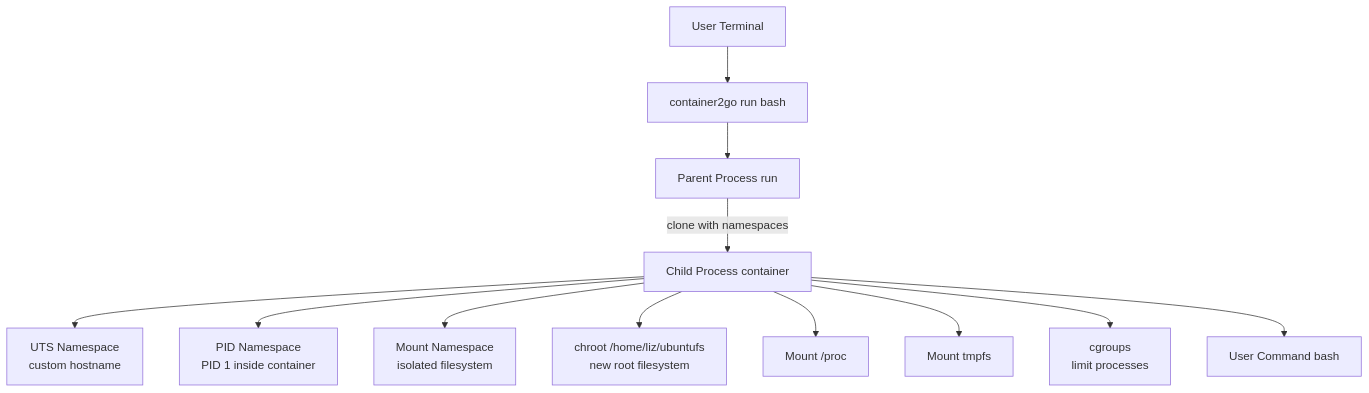
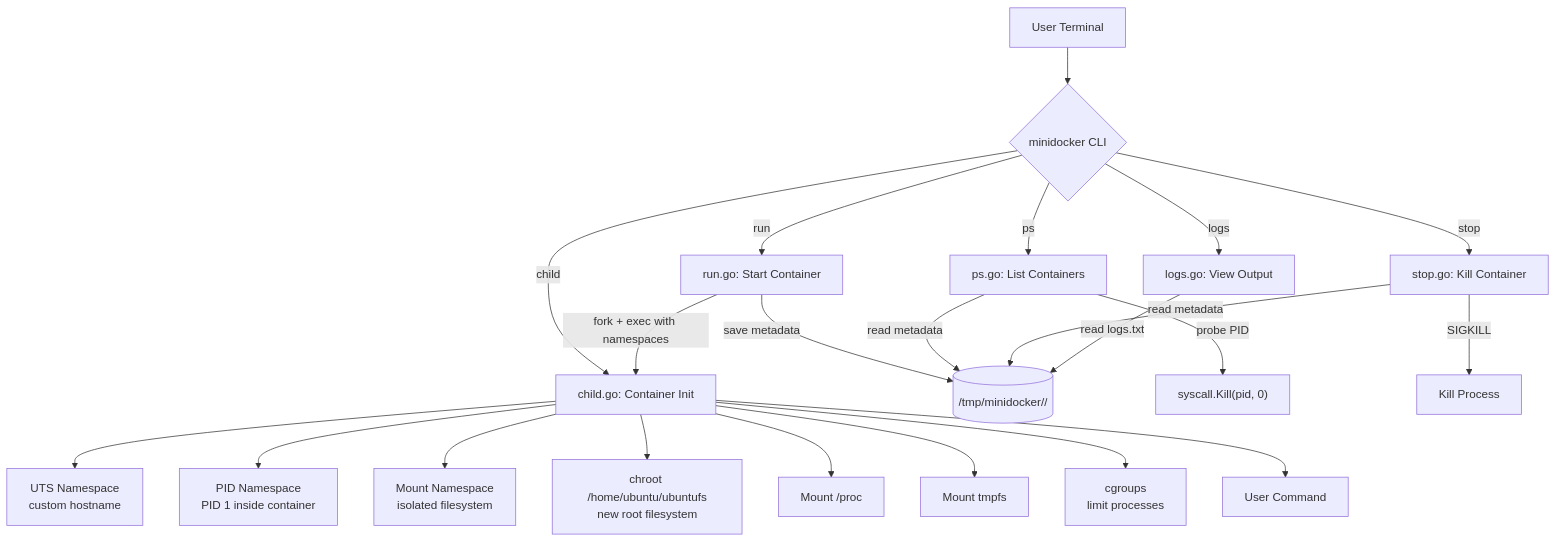
The first of 2 diagrams in README.md (NSTKrishna/Container2Go), drawn with Mermaid before and after one commit. The commit also changed other lines of this file and 11 other files, not shown here.

````diff
--- a/README.md
+++ b/README.md
@@ -7,16 +7,27 @@
 ```mermaid
 flowchart TD
-    A[User Terminal] --> B[container2go run bash]
-    B --> C[Parent Process run]
-    C -->|clone with namespaces| D[Child Process container]
+    A[User Terminal] --> B{minidocker CLI}
+    B -->|run| C[run.go: Start Container]
+    B -->|ps| D[ps.go: List Containers]
+    B -->|stop| E[stop.go: Kill Container]
+    B -->|logs| F[logs.go: View Output]
+    B -->|child| G[child.go: Container Init]
 
-    D --> E[UTS Namespace<br/>custom hostname]
-    D --> F[PID Namespace<br/>PID 1 inside container]
-    D --> G[Mount Namespace<br/>isolated filesystem]
-    D --> H[chroot /home/liz/ubuntufs<br/>new root filesystem]
-    D --> I[Mount /proc]
-    D --> J[Mount tmpfs]
-    D --> K[cgroups<br/>limit processes]
+    C -->|"fork + exec with namespaces"| G
+    C -->|"save metadata"| H[("/tmp/minidocker/<id>/")]
 
-    D --> L[User Command bash]
+    G --> I[UTS Namespace<br/>custom hostname]
+    G --> J[PID Namespace<br/>PID 1 inside container]
+    G --> K[Mount Namespace<br/>isolated filesystem]
+    G --> L[chroot /home/ubuntu/ubuntufs<br/>new root filesystem]
+    G --> M[Mount /proc]
+    G --> N[Mount tmpfs]
+    G --> O[cgroups<br/>limit processes]
+    G --> P[User Command]
+
+    D -->|"read metadata"| H
+    D -->|"probe PID"| Q["syscall.Kill(pid, 0)"]
+    E -->|"read metadata"| H
+    E -->|"SIGKILL"| R[Kill Process]
+    F -->|"read logs.txt"| H
 ```
````
